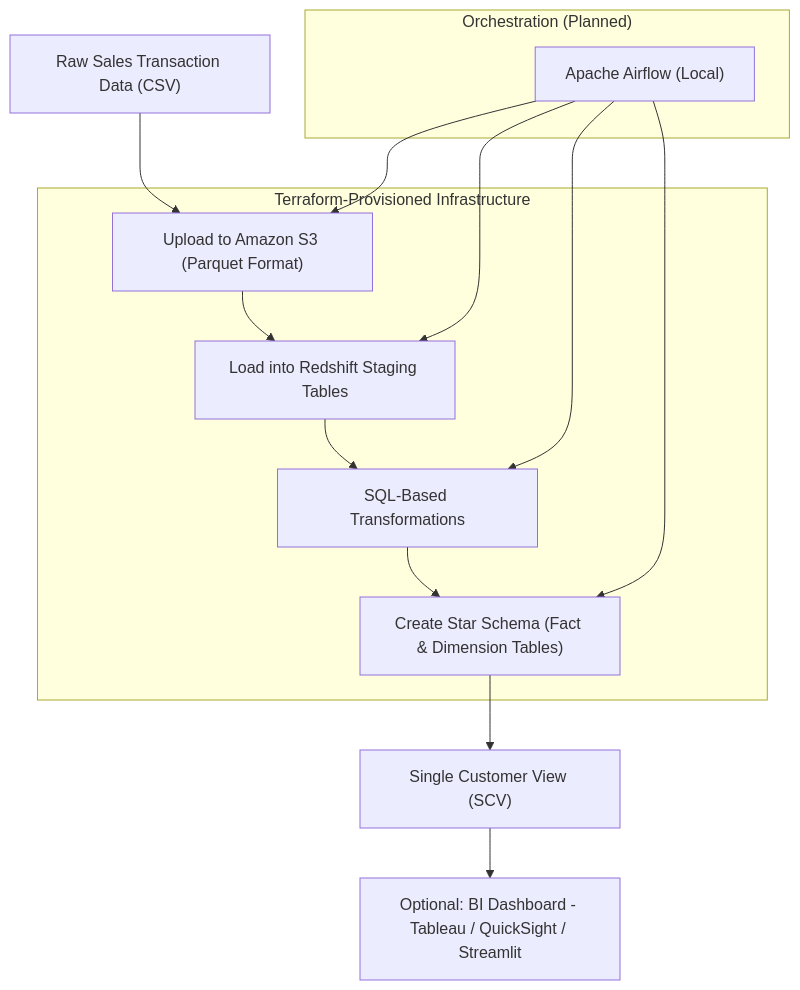
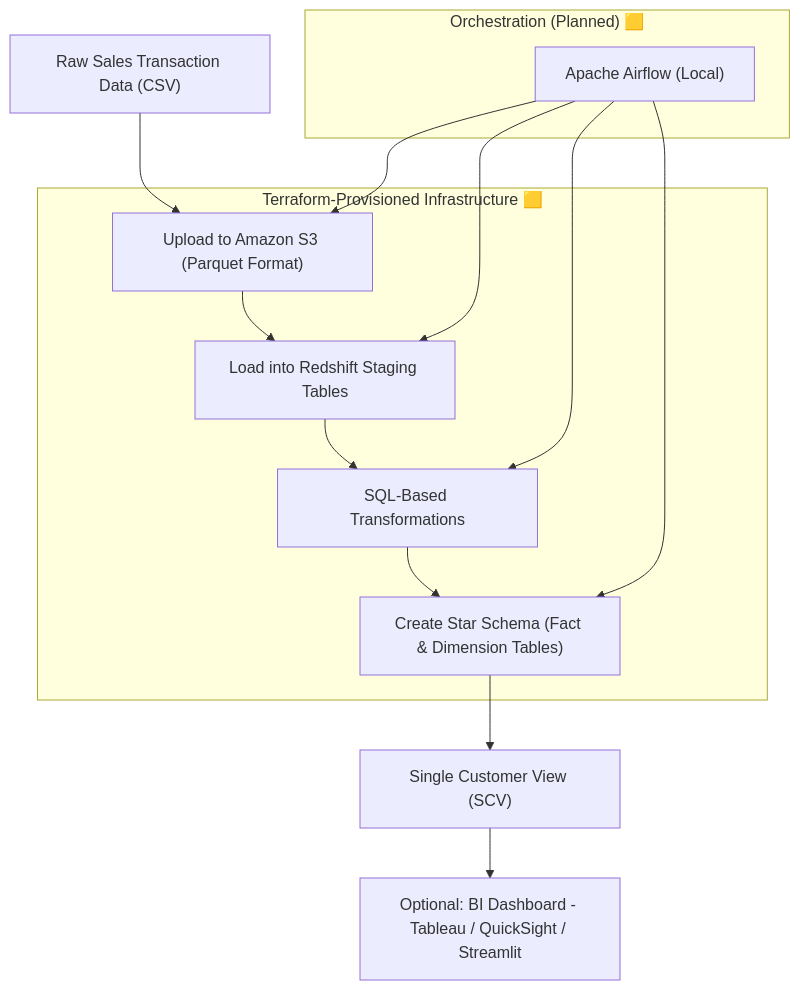
Before and after one commit to tungstennn/EcomDataPipeline-DataOps: the diagram in README.md, drawn with Mermaid.

````diff
--- a/README.md
+++ b/README.md
@@ -19,26 +19,27 @@
 ```mermaid
 graph TD
     A["Raw Sales Transaction Data (CSV)"] --> B["Upload to Amazon S3 (Parquet Format)"]
     B --> C["Load into Redshift Staging Tables"]
     C --> D["SQL-Based Transformations"]
     D --> E["Create Star Schema (Fact & Dimension Tables)"]
     E --> F["Single Customer View (SCV)"]
     F --> G["Optional: BI Dashboard - Tableau / QuickSight / Streamlit"]
 
-    subgraph "Terraform-Provisioned Infrastructure"
+    subgraph "Terraform-Provisioned Infrastructure 🟨"
         B
         C
         D
         E
     end
 
-    subgraph "Orchestration (Planned)"
+    subgraph "Orchestration (Planned) 🟨"
         H["Apache Airflow (Local)"]
     end
 
     H --> B
     H --> C
     H --> D
     H --> E
 
+
 ```
````
